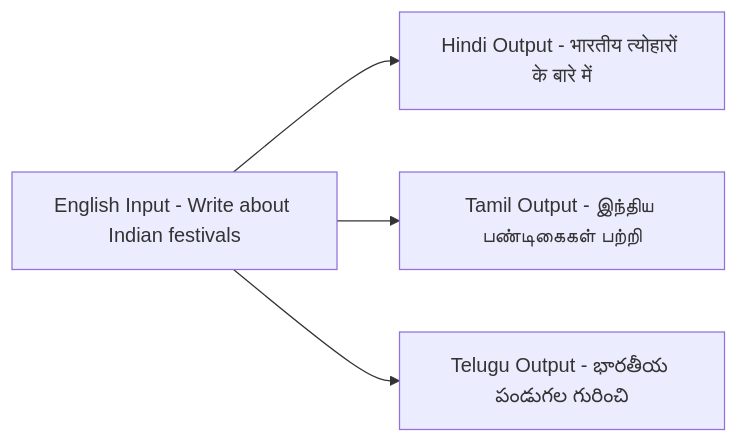
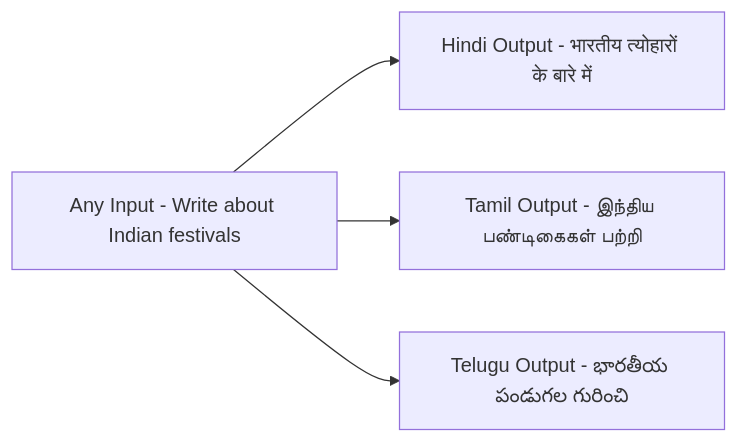
One commit to ansariheshamraza/RachnaX-AI changed the second of 2 diagrams in FEATURES.md. Above: the diagram before and after it, drawn with Mermaid. The commit also changed other lines of this file, not shown here.

````diff
--- a/FEATURES.md
+++ b/FEATURES.md
@@ -171,9 +171,9 @@
 ```mermaid
 flowchart LR
 
-A[English Input - Write about Indian festivals]
+A[Any Input - Write about Indian festivals]
 
 A --> B[Hindi Output - भारतीय त्योहारों के बारे में]
 A --> C[Tamil Output - இந்திய பண்டிகைகள் பற்றி]
 A --> D[Telugu Output - భారతీయ పండుగల గురించి]
 ```
````
